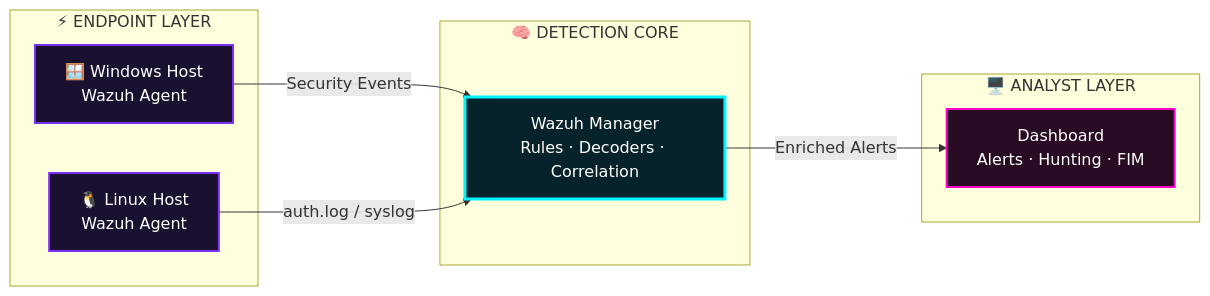
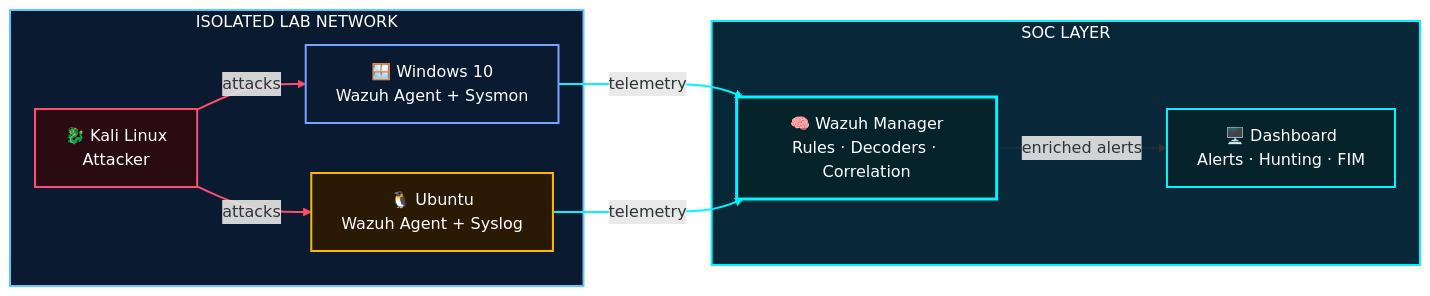
The diagram in SOC-Home-Lab/README.md (JeelAnghanSec/SOC-Portfolio), drawn with Mermaid before and after one commit. The commit also changed other lines of this file, not shown here.

````diff
--- a/SOC-Home-Lab/README.md
+++ b/SOC-Home-Lab/README.md
@@ -42,26 +41,27 @@
 ```mermaid
 flowchart LR
-    subgraph ENDPOINTS["⚡ ENDPOINT LAYER"]
-        W["🪟 Windows Host<br/>Wazuh Agent"]
-        L["🐧 Linux Host<br/>Wazuh Agent"]
+    subgraph LAN["ISOLATED LAB NETWORK"]
+        K["🐉 Kali Linux<br/>Attacker"]
+        W["🪟 Windows 10<br/>Wazuh Agent + Sysmon"]
+        U["🐧 Ubuntu<br/>Wazuh Agent + Syslog"]
     end
+    subgraph SOC["SOC LAYER"]
+        M["🧠 Wazuh Manager<br/>Rules · Decoders · Correlation"]
+        D["🖥️ Dashboard<br/>Alerts · Hunting · FIM"]
+    end
+    K -- "attacks" --> W
+    K -- "attacks" --> U
+    W -- "telemetry" --> M
+    U -- "telemetry" --> M
+    M -- "enriched alerts" --> D
 
-    subgraph CORE["🧠 DETECTION CORE"]
-        M["Wazuh Manager<br/>Rules · Decoders · Correlation"]
-    end
-
-    subgraph OPS["🖥️ ANALYST LAYER"]
-        D["Dashboard<br/>Alerts · Hunting · FIM"]
-    end
-
-    W -- "Security Events" --> M
-    L -- "auth.log / syslog" --> M
-    M -- "Enriched Alerts" --> D
-
-    classDef endpoint fill:#1a1030,stroke:#7b2ff7,stroke-width:2px,color:#fff;
-    classDef core fill:#06222b,stroke:#00f5ff,stroke-width:3px,color:#fff;
-    classDef ops fill:#2a0b24,stroke:#ff00c8,stroke-width:2px,color:#fff;
-    class W,L endpoint;
-    class M core;
-    class D ops;
+    linkStyle 0,1 stroke:#ff4d6d,stroke-width:2px
+    linkStyle 2,3 stroke:#00f5ff,stroke-width:2px
+    style LAN fill:#0a1a30,stroke:#5ec8ff,stroke-width:2px,color:#fff
+    style SOC fill:#08283a,stroke:#00f5ff,stroke-width:2px,color:#fff
+    style K fill:#2a0b14,stroke:#ff4d6d,stroke-width:2px,color:#fff
+    style W fill:#0a1a30,stroke:#7aa2ff,stroke-width:2px,color:#fff
+    style U fill:#2a1a05,stroke:#ffb703,stroke-width:2px,color:#fff
+    style M fill:#06222b,stroke:#00f5ff,stroke-width:3px,color:#fff
+    style D fill:#06222b,stroke:#00f5ff,stroke-width:2px,color:#fff
 ```
````
